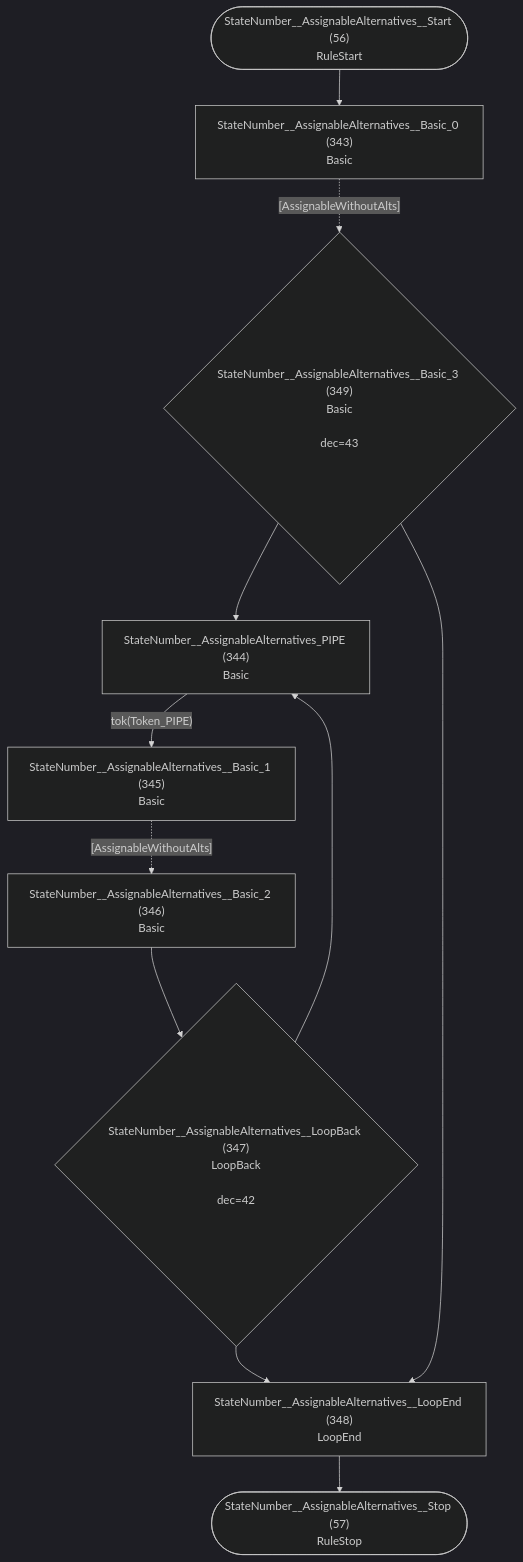
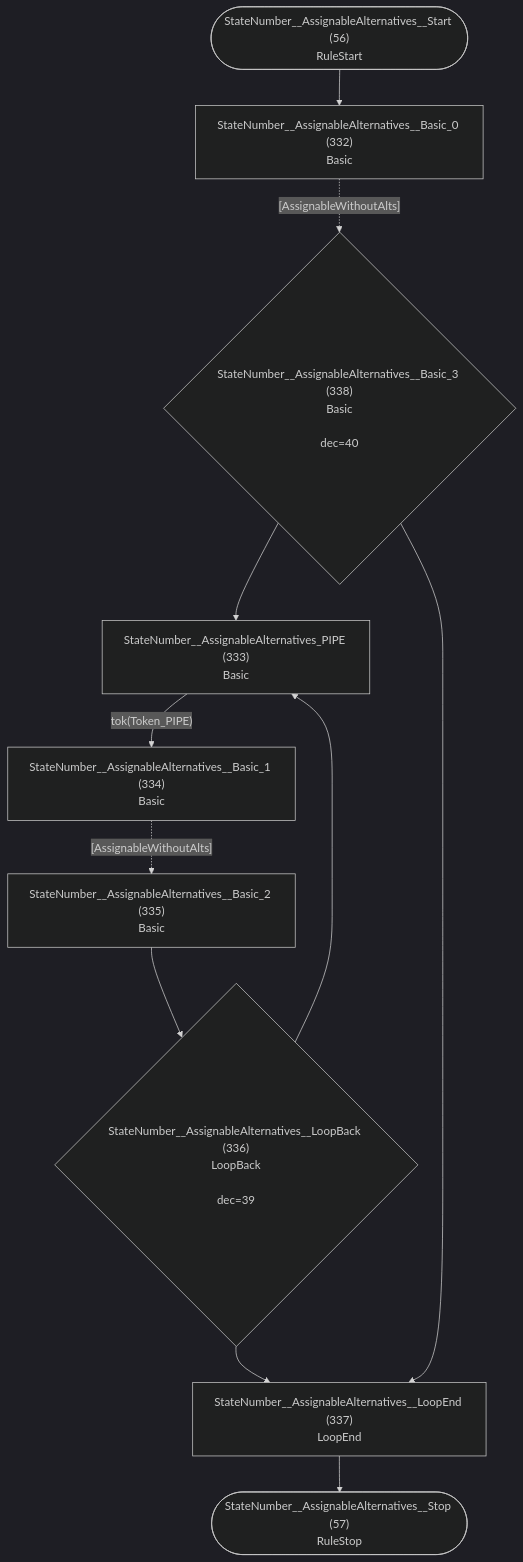
Before and after one commit to TypeFox/fastbelt: diagram 29 of 36 in internal/grammar/atn.md, drawn with Mermaid (dark theme). The commit also changed other lines of this file and 9 other files, not shown here.

````diff
--- a/internal/grammar/atn.md
+++ b/internal/grammar/atn.md
@@ -887,23 +862,23 @@
 ```mermaid
 flowchart TD
     q56(["StateNumber__AssignableAlternatives__Start (56)<br/>RuleStart"])
     q57(["StateNumber__AssignableAlternatives__Stop (57)<br/>RuleStop"])
-    q343["StateNumber__AssignableAlternatives__Basic_0 (343)<br/>Basic<br/>"]
-    q344["StateNumber__AssignableAlternatives_PIPE (344)<br/>Basic<br/>"]
-    q345["StateNumber__AssignableAlternatives__Basic_1 (345)<br/>Basic<br/>"]
-    q346["StateNumber__AssignableAlternatives__Basic_2 (346)<br/>Basic<br/>"]
-    q347{"StateNumber__AssignableAlternatives__LoopBack (347)<br/>LoopBack<br/><br/>dec=42"}
-    q348["StateNumber__AssignableAlternatives__LoopEnd (348)<br/>LoopEnd<br/>"]
-    q349{"StateNumber__AssignableAlternatives__Basic_3 (349)<br/>Basic<br/><br/>dec=43"}
+    q332["StateNumber__AssignableAlternatives__Basic_0 (332)<br/>Basic<br/>"]
+    q333["StateNumber__AssignableAlternatives_PIPE (333)<br/>Basic<br/>"]
+    q334["StateNumber__AssignableAlternatives__Basic_1 (334)<br/>Basic<br/>"]
+    q335["StateNumber__AssignableAlternatives__Basic_2 (335)<br/>Basic<br/>"]
+    q336{"StateNumber__AssignableAlternatives__LoopBack (336)<br/>LoopBack<br/><br/>dec=39"}
+    q337["StateNumber__AssignableAlternatives__LoopEnd (337)<br/>LoopEnd<br/>"]
+    q338{"StateNumber__AssignableAlternatives__Basic_3 (338)<br/>Basic<br/><br/>dec=40"}
 
-    q56 --> q343
-    q343 -.->|"[AssignableWithoutAlts]"| q349
-    q344 -->|"tok(Token_PIPE)"| q345
-    q345 -.->|"[AssignableWithoutAlts]"| q346
-    q346 --> q347
-    q347 --> q344
-    q347 --> q348
-    q348 --> q57
-    q349 --> q344
-    q349 --> q348
+    q56 --> q332
+    q332 -.->|"[AssignableWithoutAlts]"| q338
+    q333 -->|"tok(Token_PIPE)"| q334
+    q334 -.->|"[AssignableWithoutAlts]"| q335
+    q335 --> q336
+    q336 --> q333
+    q336 --> q337
+    q337 --> q57
+    q338 --> q333
+    q338 --> q337
 ```
````
